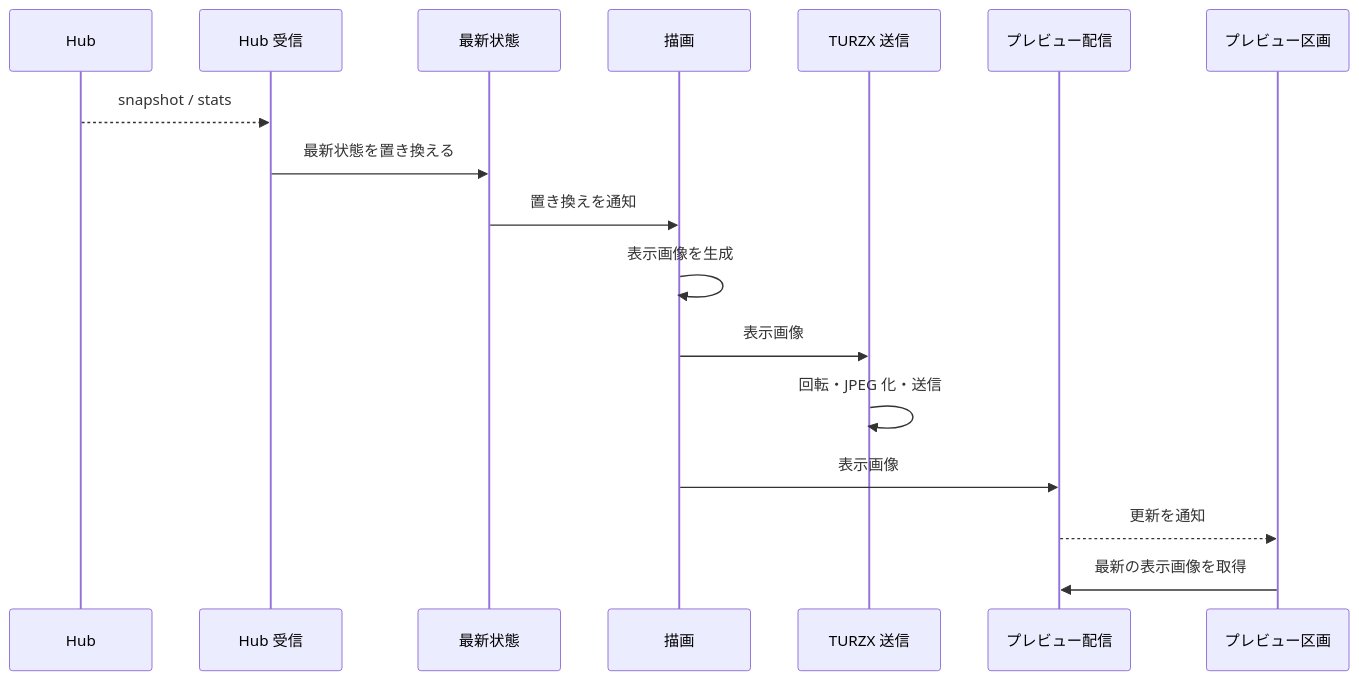
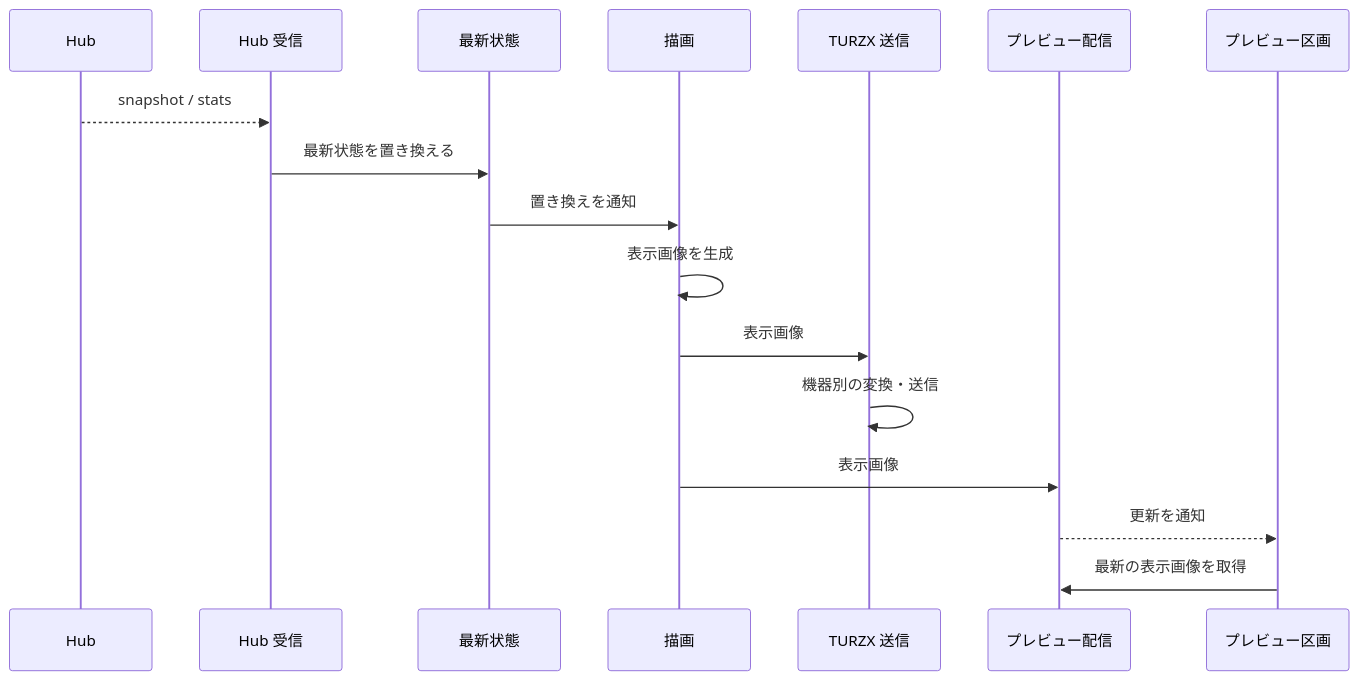
Before and after one commit to yamamoWorks/token-dashboard: the diagram in docs/design/UCP-1.md, drawn with Mermaid. The commit also changed other lines of this file and 5 other files, not shown here.

````diff
--- a/docs/design/UCP-1.md
+++ b/docs/design/UCP-1.md
@@ -16,19 +16,19 @@
 ```mermaid
 sequenceDiagram
   participant Hub as Hub
   participant R as Hub 受信
   participant St as 最新状態
   participant D as 描画
   participant T as TURZX 送信
   participant P as プレビュー配信
   participant UI as プレビュー区画
   Hub-->>R: snapshot / stats
   R->>St: 最新状態を置き換える
   St->>D: 置き換えを通知
   D->>D: 表示画像を生成
   D->>T: 表示画像
-  T->>T: 回転・JPEG 化・送信
+  T->>T: 機器別の変換・送信
   D->>P: 表示画像
   P-->>UI: 更新を通知
   UI->>P: 最新の表示画像を取得
 ```
````
